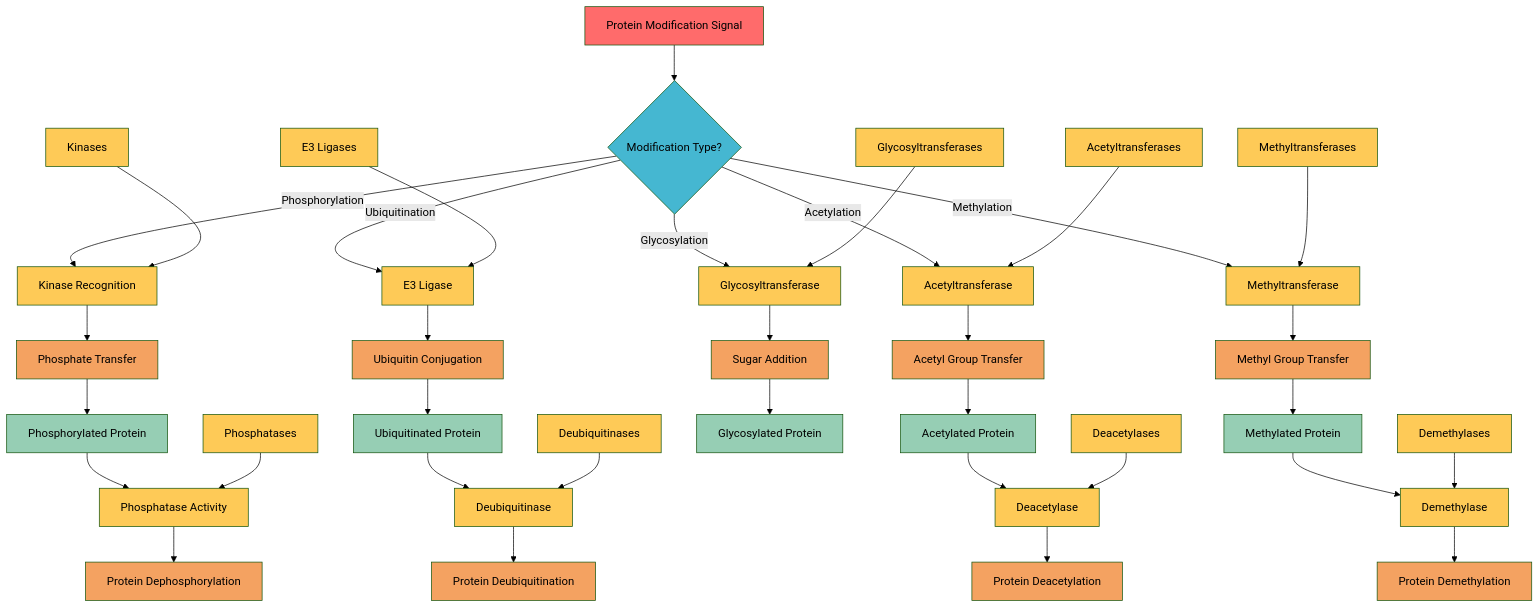
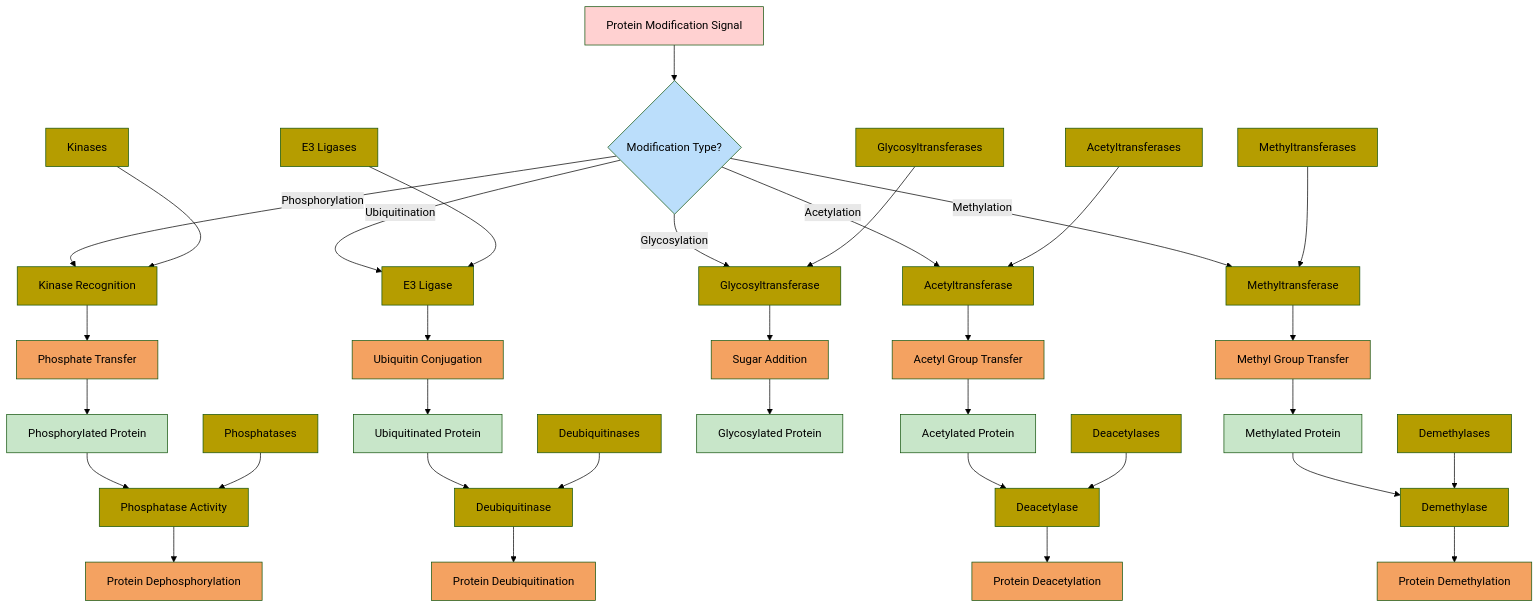
The diagram in old_junk_files/batch3_08_protein_modification.mmd (garywelz/glmp), drawn with Mermaid (forest theme) before and after one commit. The commit also changed 251 other files, not shown here.

Commit message:
Update color scheme for biological process flowcharts

```diff
--- a/old_junk_files/batch3_08_protein_modification.mmd
+++ b/old_junk_files/batch3_08_protein_modification.mmd
@@ -1,82 +1,82 @@
 graph TD
     A[Protein Modification Signal] --> B{Modification Type?}
     B -->|Phosphorylation| C[Kinase Recognition]
     B -->|Ubiquitination| D[E3 Ligase]
     B -->|Acetylation| E[Acetyltransferase]
     B -->|Methylation| F[Methyltransferase]
     B -->|Glycosylation| G[Glycosyltransferase]
     
     C --> H[Phosphate Transfer]
     H --> I[Phosphorylated Protein]
     
     D --> J[Ubiquitin Conjugation]
     J --> K[Ubiquitinated Protein]
     
     E --> L[Acetyl Group Transfer]
     L --> M[Acetylated Protein]
     
     F --> N[Methyl Group Transfer]
     N --> O[Methylated Protein]
     
     G --> P[Sugar Addition]
     P --> Q[Glycosylated Protein]
     
     %% Reversal pathways
     I --> R[Phosphatase Activity]
     R --> S[Protein Dephosphorylation]
     
     K --> T[Deubiquitinase]
     T --> U[Protein Deubiquitination]
     
     M --> V[Deacetylase]
     V --> W[Protein Deacetylation]
     
     O --> X[Demethylase]
     X --> Y[Protein Demethylation]
     
     %% Key proteins
     Z[Kinases] --> C
     AA[Phosphatases] --> R
     BB[E3 Ligases] --> D
     CC[Deubiquitinases] --> T
     DD[Acetyltransferases] --> E
     EE[Deacetylases] --> V
     FF[Methyltransferases] --> F
     GG[Demethylases] --> X
     HH[Glycosyltransferases] --> G
     
     %% Styling
-    style A fill:#ff6b6b
-    style B fill:#45b7d1
-    style C fill:#feca57
-    style D fill:#feca57
-    style E fill:#feca57
-    style F fill:#feca57
-    style G fill:#feca57
+    style A fill:#ffd1d1
+    style B fill:#bbdefb
+    style C fill:#b59d00
+    style D fill:#b59d00
+    style E fill:#b59d00
+    style F fill:#b59d00
+    style G fill:#b59d00
     style H fill:#f4a261
-    style I fill:#96ceb4
+    style I fill:#c8e6c9
     style J fill:#f4a261
-    style K fill:#96ceb4
+    style K fill:#c8e6c9
     style L fill:#f4a261
-    style M fill:#96ceb4
+    style M fill:#c8e6c9
     style N fill:#f4a261
-    style O fill:#96ceb4
+    style O fill:#c8e6c9
     style P fill:#f4a261
-    style Q fill:#96ceb4
-    style R fill:#feca57
+    style Q fill:#c8e6c9
+    style R fill:#b59d00
     style S fill:#f4a261
-    style T fill:#feca57
+    style T fill:#b59d00
     style U fill:#f4a261
-    style V fill:#feca57
+    style V fill:#b59d00
     style W fill:#f4a261
-    style X fill:#feca57
+    style X fill:#b59d00
     style Y fill:#f4a261
-    style Z fill:#feca57
-    style AA fill:#feca57
-    style BB fill:#feca57
-    style CC fill:#feca57
-    style DD fill:#feca57
-    style EE fill:#feca57
-    style FF fill:#feca57
-    style GG fill:#feca57
-    style HH fill:#feca57
+    style Z fill:#b59d00
+    style AA fill:#b59d00
+    style BB fill:#b59d00
+    style CC fill:#b59d00
+    style DD fill:#b59d00
+    style EE fill:#b59d00
+    style FF fill:#b59d00
+    style GG fill:#b59d00
+    style HH fill:#b59d00
```
